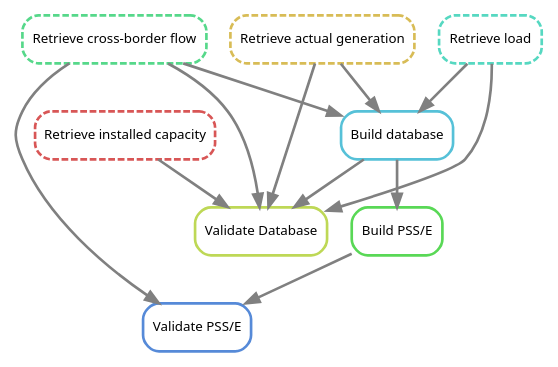
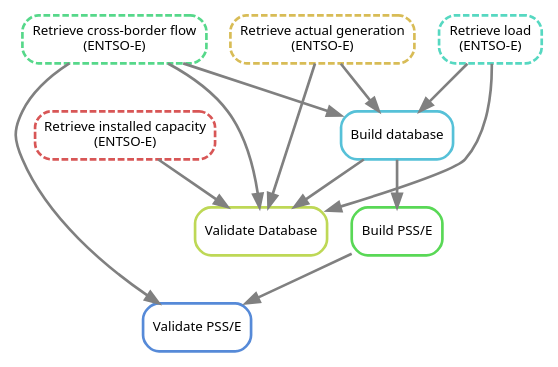
One commit to matildaarvidsson/2045-nordic-grid-model changed the diagram in workflow.dot. Above: the diagram before and after it, drawn with Graphviz. The commit also changed 38 other files, not shown here.

```diff
--- a/workflow.dot
+++ b/workflow.dot
@@ -1,24 +1,24 @@
 digraph snakemake_dag {
     graph[bgcolor=white, margin=0];
     node[shape=box, style=rounded, fontname=sans,                 fontsize=10, penwidth=2];
     edge[penwidth=2, color=grey];
         1[label = "Validate Database", color = "0.20 0.6 0.85", style="rounded"];
         2[label = "Build database", color = "0.53 0.6 0.85", style="rounded"];
-        3[label = "Retrieve actual generation", color = "0.13 0.6 0.85", style="rounded,dashed"];
-        4[label = "Retrieve cross-border flow", color = "0.40 0.6 0.85", style="rounded,dashed"];
-        5[label = "Retrieve load", color = "0.47 0.6 0.85", style="rounded,dashed"];
-        6[label = "Retrieve installed capacity", color = "0.00 0.6 0.85", style="rounded,dashed"];
+        3[label = "Retrieve actual generation\n(ENTSO-E)", color = "0.13 0.6 0.85", style="rounded,dashed"];
+        4[label = "Retrieve cross-border flow\n(ENTSO-E)", color = "0.40 0.6 0.85", style="rounded,dashed"];
+        5[label = "Retrieve load\n(ENTSO-E)", color = "0.47 0.6 0.85", style="rounded,dashed"];
+        6[label = "Retrieve installed capacity\n(ENTSO-E)", color = "0.00 0.6 0.85", style="rounded,dashed"];
         7[label = "Build PSS/E", color = "0.33 0.6 0.85", style="rounded"];
         8[label = "Validate PSS/E", color = "0.60 0.6 0.85", style="rounded"];
         2 -> 1
         4 -> 1
         6 -> 1
         3 -> 1
         5 -> 1
         3 -> 2
         4 -> 2
         5 -> 2
         2 -> 7
         7 -> 8
         4 -> 8
 }
```
